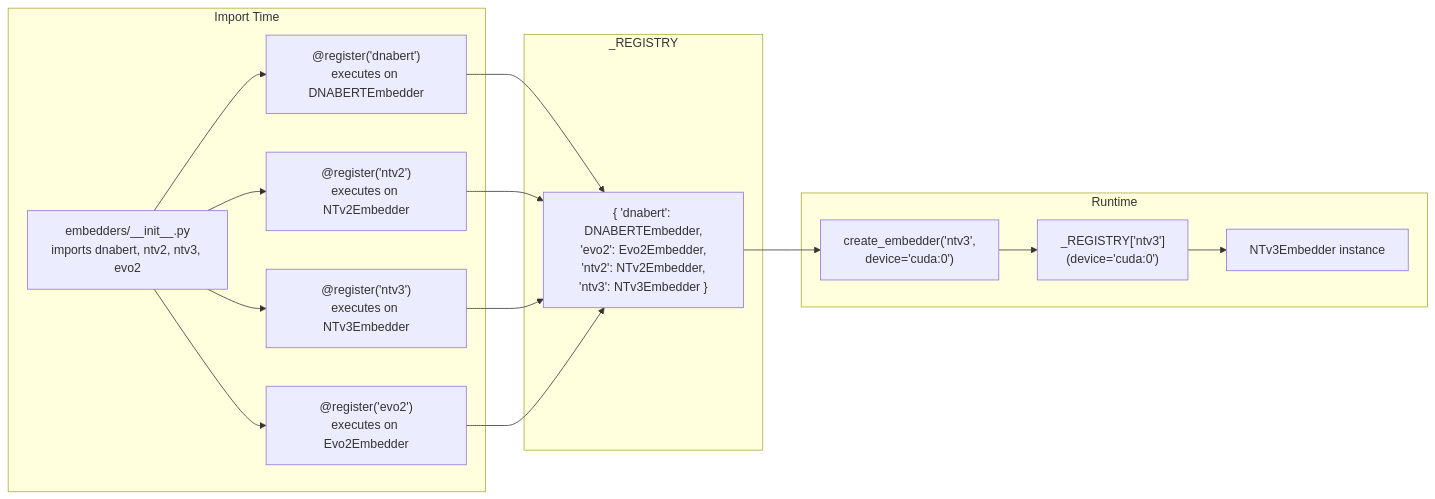
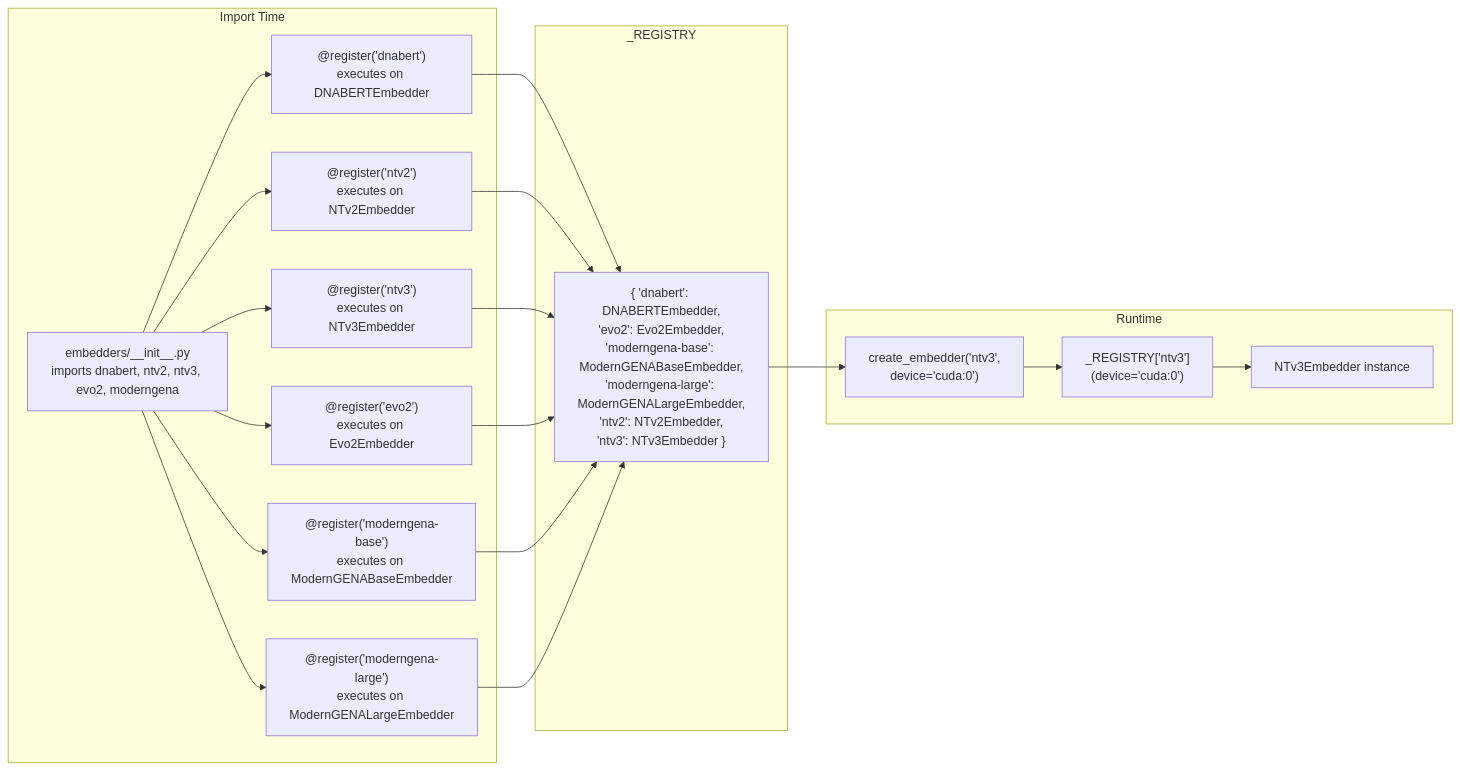
One commit to mikeleske/fasta-embed changed the second of 6 diagrams in doc/embedders.md. Above: the diagram before and after it, drawn with Mermaid. The commit also changed other lines of this file and 4 other files, not shown here.

````diff
--- a/doc/embedders.md
+++ b/doc/embedders.md
@@ -81,25 +105,29 @@
 ```mermaid
 flowchart LR
     subgraph "Import Time"
-        A["embedders/__init__.py<br/>imports dnabert, ntv2, ntv3, evo2"] --> B["@register('dnabert')<br/>executes on DNABERTEmbedder"]
+        A["embedders/__init__.py<br/>imports dnabert, ntv2, ntv3, evo2, moderngena"] --> B["@register('dnabert')<br/>executes on DNABERTEmbedder"]
         A --> C["@register('ntv2')<br/>executes on NTv2Embedder"]
         A --> D["@register('ntv3')<br/>executes on NTv3Embedder"]
         A --> E2["@register('evo2')<br/>executes on Evo2Embedder"]
+        A --> E3["@register('moderngena-base')<br/>executes on ModernGENABaseEmbedder"]
+        A --> E4["@register('moderngena-large')<br/>executes on ModernGENALargeEmbedder"]
     end
 
     subgraph "_REGISTRY"
-        R["{ 'dnabert': DNABERTEmbedder,<br/>'evo2': Evo2Embedder,<br/>'ntv2': NTv2Embedder,<br/>'ntv3': NTv3Embedder }"]
+        R["{ 'dnabert': DNABERTEmbedder,<br/>'evo2': Evo2Embedder,<br/>'moderngena-base': ModernGENABaseEmbedder,<br/>'moderngena-large': ModernGENALargeEmbedder,<br/>'ntv2': NTv2Embedder,<br/>'ntv3': NTv3Embedder }"]
     end
 
     B --> R
     C --> R
     D --> R
     E2 --> R
+    E3 --> R
+    E4 --> R
 
     subgraph "Runtime"
         E["create_embedder('ntv3',<br/>device='cuda:0')"] --> F["_REGISTRY['ntv3']<br/>(device='cuda:0')"]
         F --> G["NTv3Embedder instance"]
     end
 
     R --> E
 ```
````
